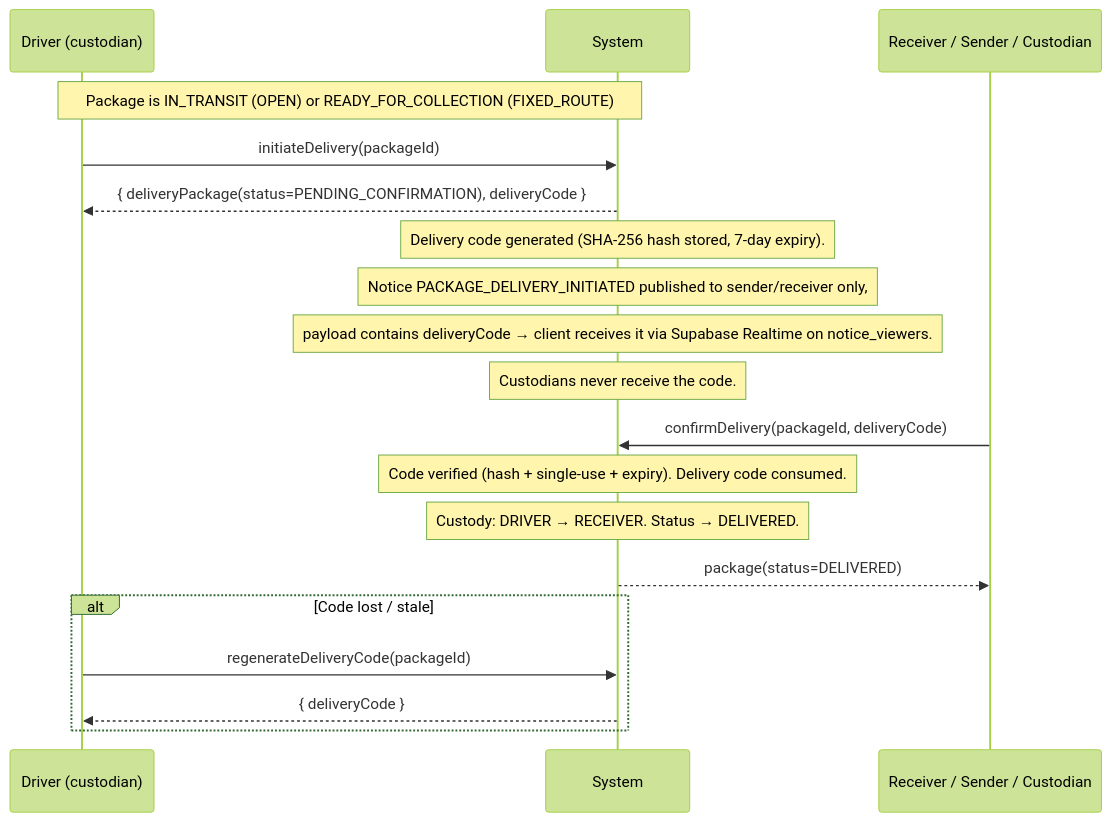
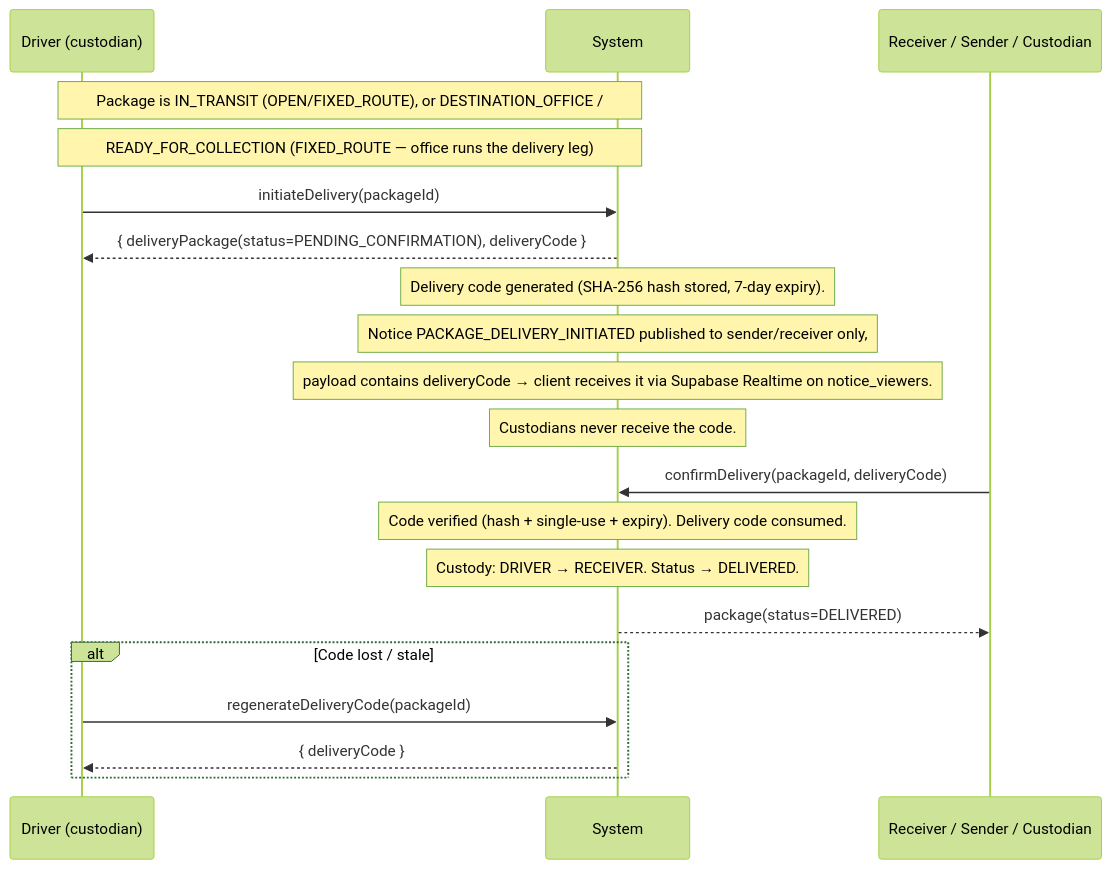
One commit to Genocadio/cavgobackend changed the eighth of 9 diagrams in ikuriyebackend/PACKAGE_FLOW.md. Above: the diagram before and after it, drawn with Mermaid (forest theme). The commit also changed other lines of this file and 8 other files, not shown here.

````diff
--- a/ikuriyebackend/PACKAGE_FLOW.md
+++ b/ikuriyebackend/PACKAGE_FLOW.md
@@ -507,25 +519,26 @@
 ```mermaid
 sequenceDiagram
     participant D as Driver (custodian)
     participant S as System
     participant R as Receiver / Sender / Custodian
 
-    Note over D,S: Package is IN_TRANSIT (OPEN) or READY_FOR_COLLECTION (FIXED_ROUTE)
+    Note over D,S: Package is IN_TRANSIT (OPEN/FIXED_ROUTE), or DESTINATION_OFFICE /
+    Note over D,S: READY_FOR_COLLECTION (FIXED_ROUTE — office runs the delivery leg)
 
     D->>S: initiateDelivery(packageId)
     S-->>D: { deliveryPackage(status=PENDING_CONFIRMATION), deliveryCode }
     Note over S: Delivery code generated (SHA-256 hash stored, 7-day expiry).
     Note over S: Notice PACKAGE_DELIVERY_INITIATED published to sender/receiver only,
     Note over S: payload contains deliveryCode → client receives it via Supabase Realtime on notice_viewers.
     Note over S: Custodians never receive the code.
 
     R->>S: confirmDelivery(packageId, deliveryCode)
     Note over S: Code verified (hash + single-use + expiry). Delivery code consumed.
     Note over S: Custody: DRIVER → RECEIVER. Status → DELIVERED.
     S-->>R: package(status=DELIVERED)
 
     alt Code lost / stale
         D->>S: regenerateDeliveryCode(packageId)   # while PENDING_CONFIRMATION
         S-->>D: { deliveryCode }                    # old code invalidated, re-published
     end
 ```
````
